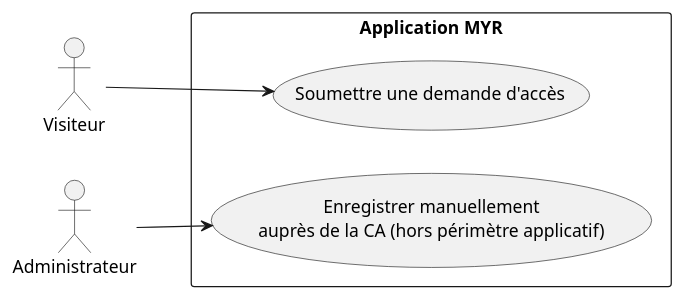
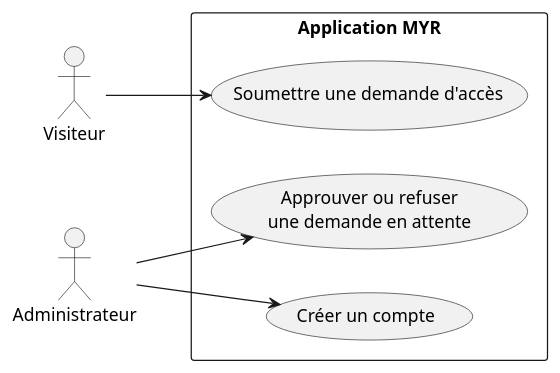
The first of 2 diagrams in specs/1-Expression/UCA-Compte_et_Acces/UCA01.md (myr-forge/myr-core), drawn with PlantUML before and after one commit. The commit also changed other lines of this file and 28 other files, not shown here.

````diff
--- a/specs/1-Expression/UCA-Compte_et_Acces/UCA01.md
+++ b/specs/1-Expression/UCA-Compte_et_Acces/UCA01.md
@@ -23,17 +23,19 @@
 ```plantuml
 @startuml
 left to right direction
 
 actor "Visiteur" as V
 actor "Administrateur" as ADM
 
 rectangle "Application MYR" {
     usecase "Soumettre une demande d'accès" as UC1
-    usecase "Enregistrer manuellement\nauprès de la CA (hors périmètre applicatif)" as UC2
+    usecase "Approuver ou refuser\nune demande en attente" as UC2
+    usecase "Créer un compte" as UC3
 }
 
 V --> UC1
 ADM --> UC2
+ADM --> UC3
 
 @enduml
 ```
````
